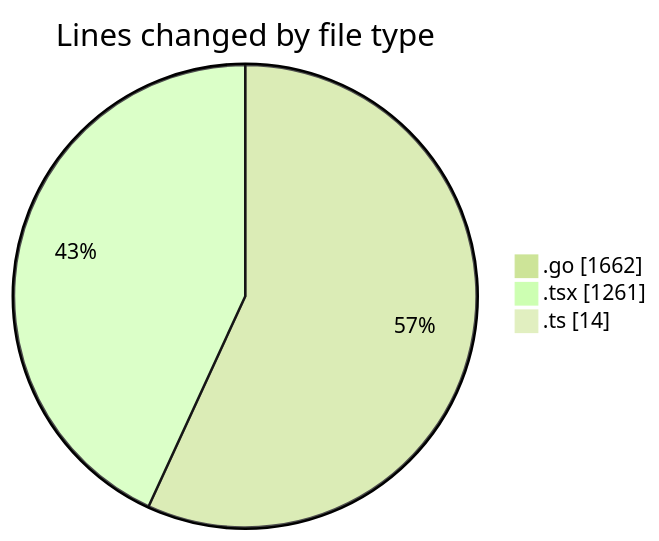
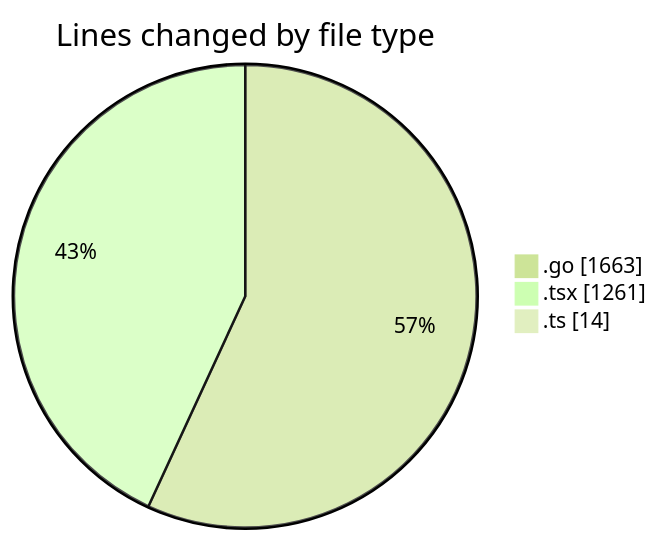
Before and after one commit to robertbonfada/code-tracking: the first of 2 diagrams in 2025-03-05/termonied_testador/README.md, drawn with Mermaid (forest theme). The commit also changed other lines of this file and 1 other file, not shown here.

````diff
--- a/2025-03-05/termonied_testador/README.md
+++ b/2025-03-05/termonied_testador/README.md
@@ -31,7 +31,7 @@
 ```mermaid
 pie showData
 title Lines changed by file type
-".go" : 1662
+".go" : 1663
 ".tsx" : 1261
 ".ts" : 14
 ```
````
